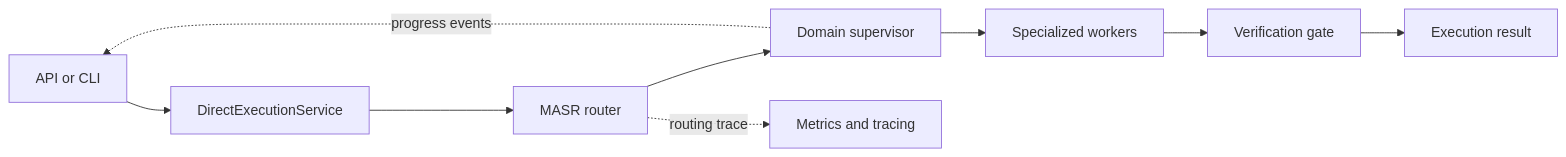
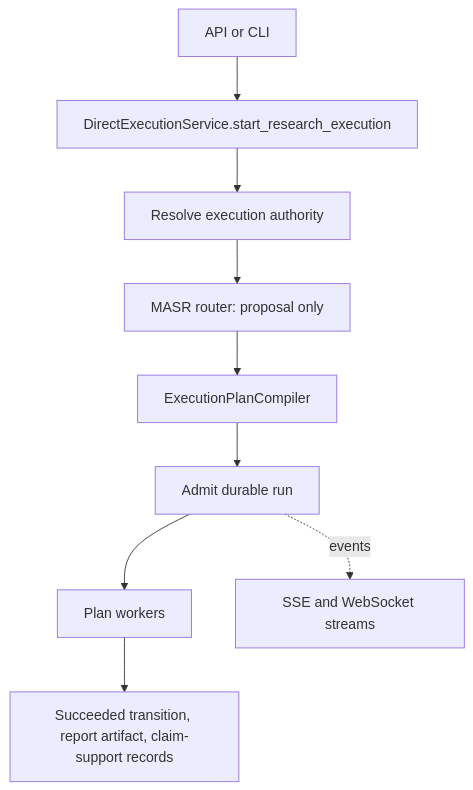
Before and after one commit to jsogarro/cerebro: the diagram in README.md, drawn with Mermaid. The commit also changed other lines of this file and 63 other files, not shown here.

````diff
--- a/README.md
+++ b/README.md
@@ -216,11 +201,11 @@
 ```mermaid
-flowchart LR
-    Client[API or CLI] --> Execution[DirectExecutionService]
-    Execution --> Router[MASR router]
-    Router --> Supervisor[Domain supervisor]
-    Supervisor --> Workers[Specialized workers]
-    Workers --> Verify[Verification gate]
-    Verify --> Result[Execution result]
-    Router -. routing trace .-> Observe[Metrics and tracing]
-    Supervisor -. progress events .-> Client
+flowchart TD
+    Client[API or CLI] --> Start[DirectExecutionService.start_research_execution]
+    Start --> Auth[Resolve execution authority]
+    Auth --> Router[MASR router: proposal only]
+    Router --> Compile[ExecutionPlanCompiler]
+    Compile --> Admit[Admit durable run]
+    Admit --> Workers[Plan workers]
+    Workers --> Done[Succeeded transition, report artifact, claim-support records]
+    Admit -. events .-> Stream[SSE and WebSocket streams]
 ```
````
